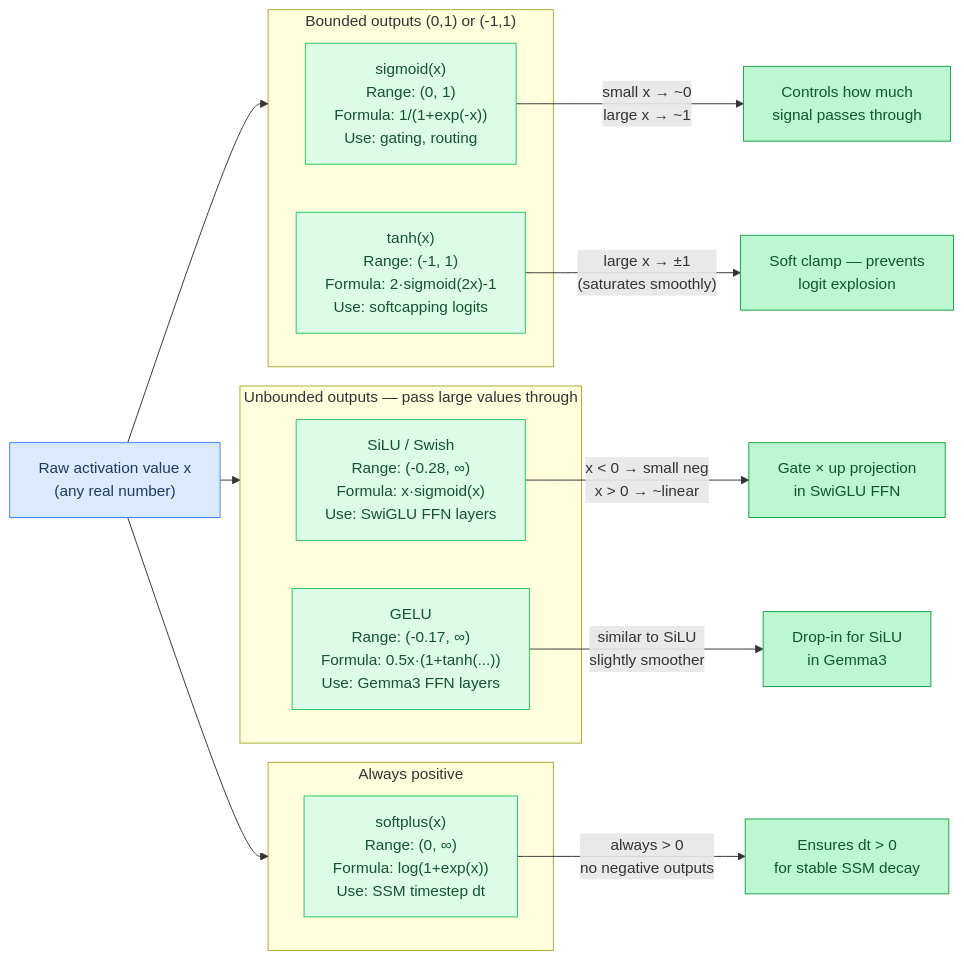
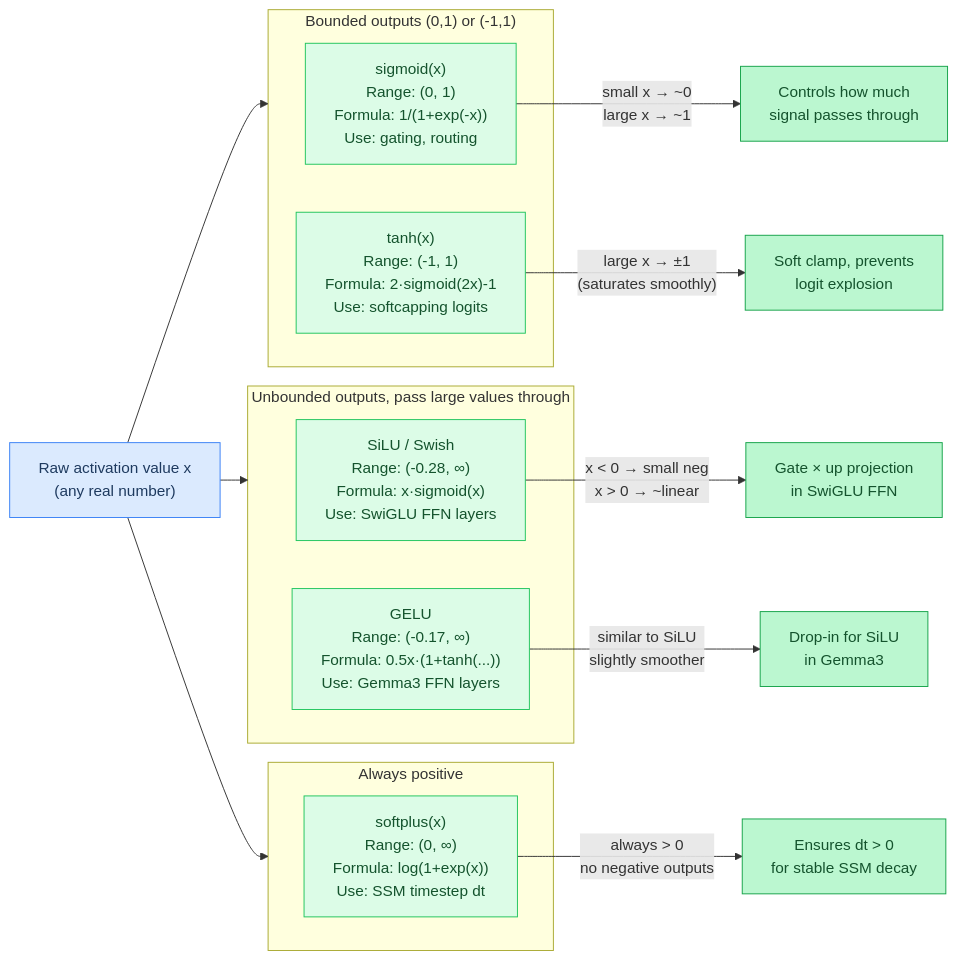
Before and after one commit to maci0/agave: the sixth of 9 diagrams in docs/tutorial/appendix-math.md, drawn with Mermaid. The commit also changed other lines of this file and 196 other files, not shown here.

````diff
--- a/docs/tutorial/appendix-math.md
+++ b/docs/tutorial/appendix-math.md
@@ -455,40 +455,40 @@
 ```mermaid
 flowchart LR
     classDef setup     fill:#dbeafe,stroke:#3b82f6,color:#1e3a5f
     classDef sync      fill:#dcfce7,stroke:#22c55e,color:#14532d
     classDef migration fill:#fef9c3,stroke:#eab308,color:#713f12
     classDef success   fill:#bbf7d0,stroke:#16a34a,color:#14532d
     classDef danger    fill:#fee2e2,stroke:#ef4444,color:#7f1d1d
     classDef optional  fill:#f3e8ff,stroke:#9333ea,color:#581c87
 
     Input["Raw activation value x\n(any real number)"]:::setup
     GateUse["Controls how much\nsignal passes through"]:::success
-    ClampUse["Soft clamp — prevents\nlogit explosion"]:::success
+    ClampUse["Soft clamp, prevents\nlogit explosion"]:::success
     FFNUse["Gate × up projection\nin SwiGLU FFN"]:::success
     GELUUse["Drop-in for SiLU\nin Gemma3"]:::success
     DtUse["Ensures dt > 0\nfor stable SSM decay"]:::success
 
     subgraph Bounded["Bounded outputs (0,1) or (-1,1)"]
         Sigmoid["sigmoid(x)\nRange: (0, 1)\nFormula: 1/(1+exp(-x))\nUse: gating, routing"]:::sync
         Tanh["tanh(x)\nRange: (-1, 1)\nFormula: 2·sigmoid(2x)-1\nUse: softcapping logits"]:::sync
     end
 
-    subgraph Unbounded["Unbounded outputs — pass large values through"]
+    subgraph Unbounded["Unbounded outputs, pass large values through"]
         SiLU["SiLU / Swish\nRange: (-0.28, ∞)\nFormula: x·sigmoid(x)\nUse: SwiGLU FFN layers"]:::sync
         GELU["GELU\nRange: (-0.17, ∞)\nFormula: 0.5x·(1+tanh(...))\nUse: Gemma3 FFN layers"]:::sync
     end
 
     subgraph AlwaysPos["Always positive"]
         Softplus["softplus(x)\nRange: (0, ∞)\nFormula: log(1+exp(x))\nUse: SSM timestep dt"]:::sync
     end
 
     Input --> Bounded
     Input --> Unbounded
     Input --> AlwaysPos
 
     Sigmoid -->|"small x → ~0\nlarge x → ~1"| GateUse
     Tanh -->|"large x → ±1\n(saturates smoothly)"| ClampUse
     SiLU -->|"x < 0 → small neg\nx > 0 → ~linear"| FFNUse
     GELU -->|"similar to SiLU\nslightly smoother"| GELUUse
     Softplus -->|"always > 0\nno negative outputs"| DtUse
 ```
````
